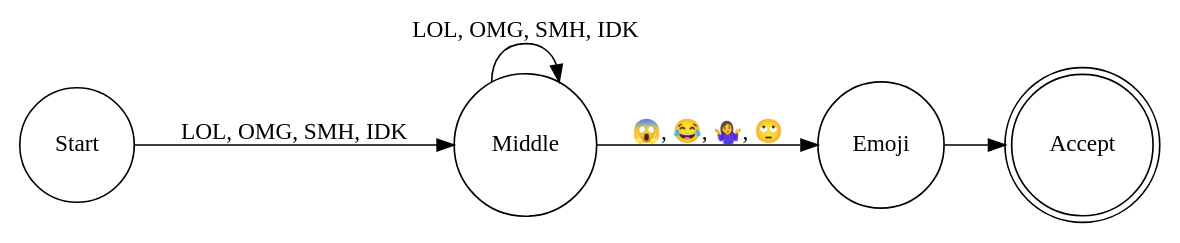
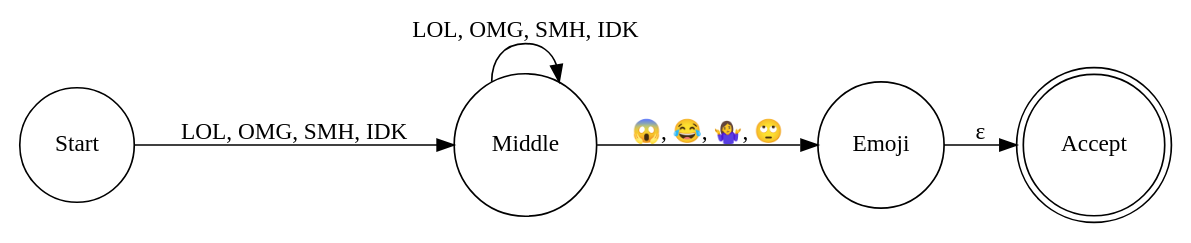
The diagram in dfa.dot (navyan02/SlangOGi), drawn with Graphviz before and after one commit.

Commit message:
add changes to the accepting state dfa.dot

```diff
--- a/dfa.dot
+++ b/dfa.dot
@@ -1,15 +1,15 @@
 digraph DFA {
     rankdir=LR;  // Specify the layout direction of the graph as left to right
 
     // Define the states of the DFA
     Start [shape=circle, label="Start"];
     Middle [shape=circle, label="Middle"];
     Emoji [shape=circle, label="Emoji"];
     Accept [shape=doublecircle, label="Accept"];
 
     // Define the transitions between states
     Start -> Middle [label="LOL, OMG, SMH, IDK"];  // Transition from the Start state to Middle for specific abbreviations
     Middle -> Middle [label="LOL, OMG, SMH, IDK"];  // Self-loop on Middle for repeated abbreviations
     Middle -> Emoji [label="😱, 😂, 🤷‍♀️, 🙄"];     // Transition from Middle to Emoji for specific emojis
-    Emoji -> Accept [label=""];                     // Transition from Emoji to Accept with an empty label (ε)
+    Emoji -> Accept [label="ε"];                     // Transition from Emoji to Accept with an empty label (ε)
 }
```
